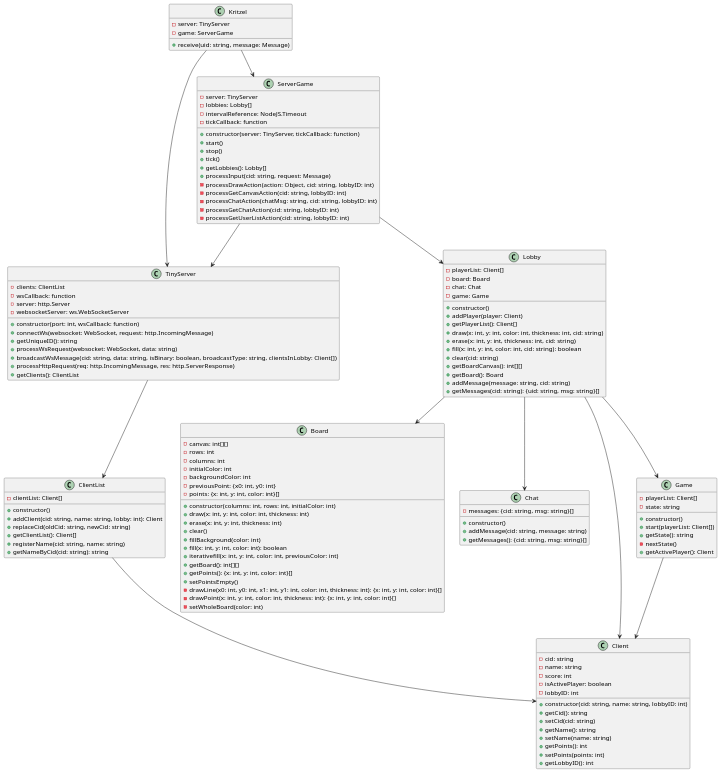
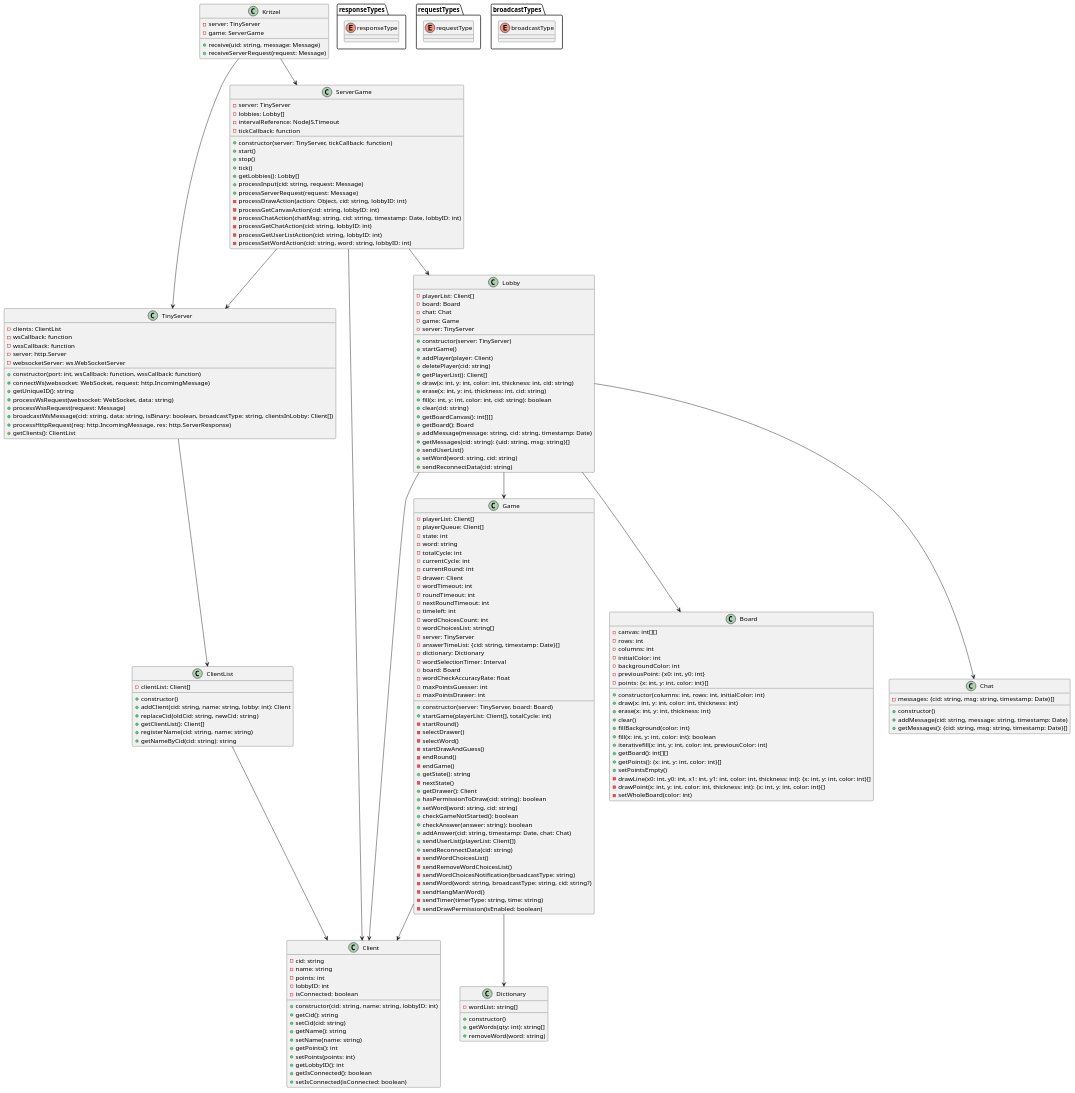
One commit to mhdbaselar/Kritzel changed the diagram in docs/UML Diagramme/CDBackend.wsd. Above: the diagram before and after it, drawn with PlantUML. The commit also changed 1 other file, not shown here.

Commit message:
Klassendiagramm Backend angepasst

```diff
--- a/docs/UML Diagramme/CDBackend.wsd
+++ b/docs/UML Diagramme/CDBackend.wsd
@@ -3,17 +3,20 @@
     - server: TinyServer
     - game: ServerGame
     + receive(uid: string, message: Message)
+    + receiveServerRequest(request: Message)
 }
 
 class TinyServer {
     - clients: ClientList
     - wsCallback: function
+    - wssCallback: function
     - server: http.Server
     - websocketServer: ws.WebSocketServer
-    + constructor(port: int, wsCallback: function)
+    + constructor(port: int, wsCallback: function, wssCallback: function)
     + connectWs(websocket: WebSocket, request: http.IncomingMessage)
     + getUniqueID(): string
     + processWsRequest(websocket: WebSocket, data: string)
+    + processWssRequest(request: Message)
     + broadcastWsMessage(cid: string, data: string, isBinary: boolean, broadcastType: string, clientsInLobby: Client[])
     + processHttpRequest(req: http.IncomingMessage, res: http.ServerResponse)
     + getClients(): ClientList
@@ -30,11 +33,13 @@
     + tick()
     + getLobbies(): Lobby[]
     + processInput(cid: string, request: Message)
+    + processServerRequest(request: Message)
     - processDrawAction(action: Object, cid: string, lobbyID: int)
     - processGetCanvasAction(cid: string, lobbyID: int)
-    - processChatAction(chatMsg: string, cid: string, lobbyID: int)
+    - processChatAction(chatMsg: string, cid: string, timestamp: Date, lobbyID: int)
     - processGetChatAction(cid: string, lobbyID: int)
     - processGetUserListAction(cid: string, lobbyID: int)
+    - processSetWordAction(cid: string, word: string, lobbyID: int)
 }
 
 class Lobby {
@@ -42,8 +47,11 @@
     - board: Board
     - chat: Chat
     - game: Game
-    + constructor()
+    - server: TinyServer
+    + constructor(server: TinyServer)
+    + startGame()
     + addPlayer(player: Client)
+    + deletePlayer(cid: string)
     + getPlayerList(): Client[]
     + draw(x: int, y: int, color: int, thickness: int, cid: string)
     + erase(x: int, y: int, thickness: int, cid: string)
@@ -51,8 +59,11 @@
     + clear(cid: string)
     + getBoardCanvas(): int[][]
     + getBoard(): Board
-    + addMessage(message: string, cid: string)
+    + addMessage(message: string, cid: string, timestamp: Date)
     + getMessages(cid: string): {uid: string, msg: string}[]
+    + sendUserList()
+    + setWord(word: string, cid: string)
+    + sendReconnectData(cid: string)
 }
 
 class Board {
@@ -79,10 +90,10 @@
 }
 
 class Chat {
-    - messages: {cid: string, msg: string}[]
+    - messages: {cid: string, msg: string, timestamp: Date}[]
     + constructor()
-    + addMessage(cid: string, message: string)
-    + getMessages(): {cid: string, msg: string}[]
+    + addMessage(cid: string, message: string, timestamp: Date)
+    + getMessages(): {cid: string, msg: string, timestamp: Date}[]
 }
 
 class ClientList {
@@ -98,9 +109,9 @@
 class Client {
     - cid: string
     - name: string
-    - score: int
-    - isActivePlayer: boolean
+    - points: int
     - lobbyID: int
+    - isConnected: boolean
     + constructor(cid: string, name: string, lobbyID: int)
     + getCid(): string
     + setCid(cid: string)
@@ -109,28 +120,99 @@
     + getPoints(): int
     + setPoints(points: int)
     + getLobbyID(): int
+    + getIsConnected(): boolean
+    + setIsConnected(isConnected: boolean)
 }
 
 class Game {
     - playerList: Client[]
-    - state: string
-    + constructor()
-    + start(playerList: Client[])
+    - playerQueue: Client[]
+    - state: int
+    - word: string
+    - totalCycle: int
+    - currentCycle: int
+    - currentRound: int
+    - drawer: Client
+    - wordTimeout: int
+    - roundTimeout: int
+    - nextRoundTimeout: int
+    - timeleft: int
+    - wordChoicesCount: int
+    - wordChoicesList: string[]
+    - server: TinyServer
+    - answerTimeList: {cid: string, timestamp: Date}[]
+    - dictionary: Dictionary
+    - wordSelectionTimer: Interval
+    - board: Board
+    - wordCheckAccuracyRate: float
+    - maxPointsGuesser: int
+    - maxPointsDrawer: int
+    + constructor(server: TinyServer, board: Board)
+    + startGame(playerList: Client[], totalCycle: int)
+    - startRound()
+    - selectDrawer()
+    - selectWord()
+    - startDrawAndGuess()
+    - endRound()
+    - endGame()
     + getState(): string
     - nextState()
-    + getActivePlayer(): Client
+    + getDrawer(): Client
+    + hasPermissionToDraw(cid: string): boolean
+    + setWord(word: string, cid: string)
+    + checkGameNotStarted(): boolean
+    + checkAnswer(answer: string): boolean
+    + addAnswer(cid: string, timestamp: Date, chat: Chat)
+    + sendUserList(playerList: Client[])
+    + sendReconnectData(cid: string)
+    - sendWordChoicesList()
+    - sendRemoveWordChoicesList()
+    - sendWordChoicesNotification(broadcastType: string)
+    - sendWord(word: string, broadcastType: string, cid: string?)
+    - sendHangManWord()
+    - sendTimer(timerType: string, time: string)
+    - sendDrawPermission(isEnabled: boolean)
+}
+
+class Dictionary {
+    - wordList: string[]
+    + constructor()
+    + getWords(qty: int): string[]
+    + removeWord(word: string)
+}
+
+package responseTypes {
+    enum responseType
+}
+
+package requestTypes {
+    enum requestType
+}
+
+package broadcastTypes {
+    enum broadcastType
 }
 
 Kritzel --> TinyServer
 Kritzel --> ServerGame
+' Kritzel --> responseTypes
+' TinyServer --> responseTypes
+' TinyServer --> requestTypes
+' TinyServer --> broadcastTypes
 TinyServer --> ClientList
+' ServerGame --> responseTypes
+' ServerGame --> requestTypes
+' ServerGame --> broadcastTypes
 ServerGame --> TinyServer
 ServerGame --> Lobby
+ServerGame --> Client
 Lobby --> Board
 Lobby --> Chat
 Lobby --> Game
 Lobby --> Client
+Game --> Client
+Game --> Dictionary
+' Game --> broadcastTypes
+' Game --> responseTypes
 ClientList --> Client
-Game --> Client
-
 @enduml
```
